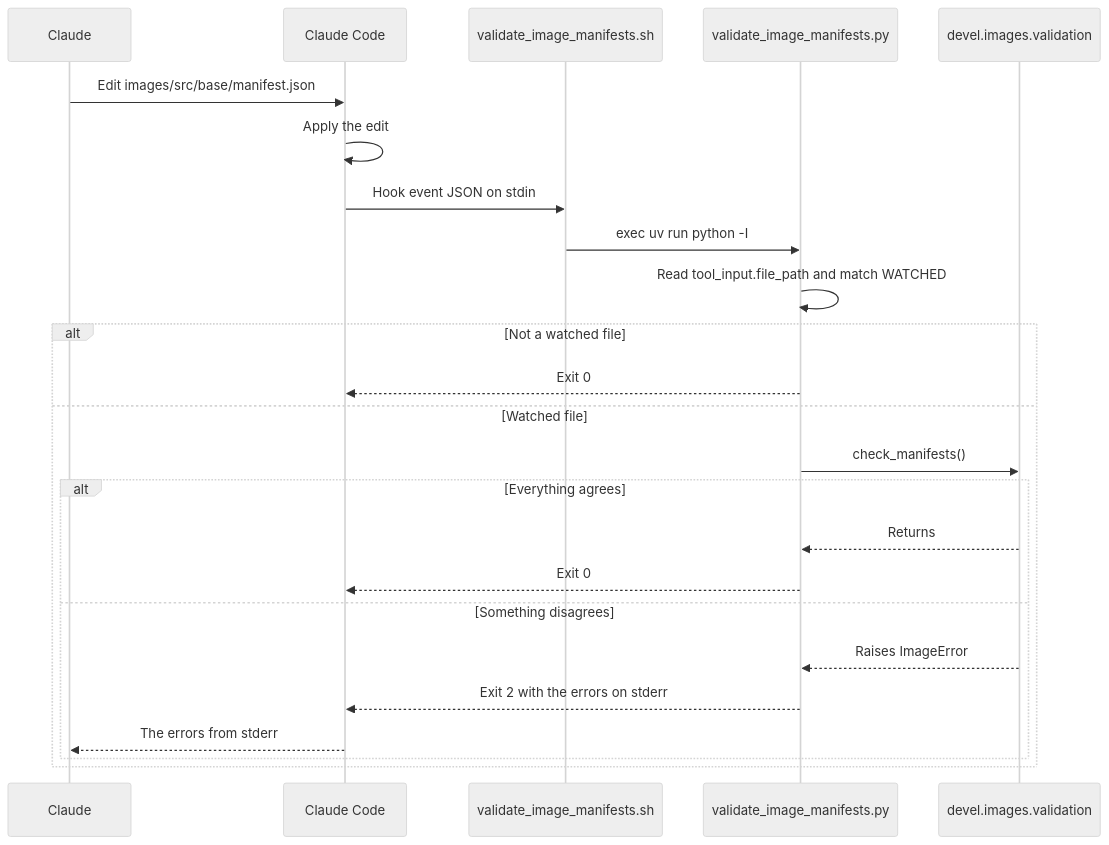
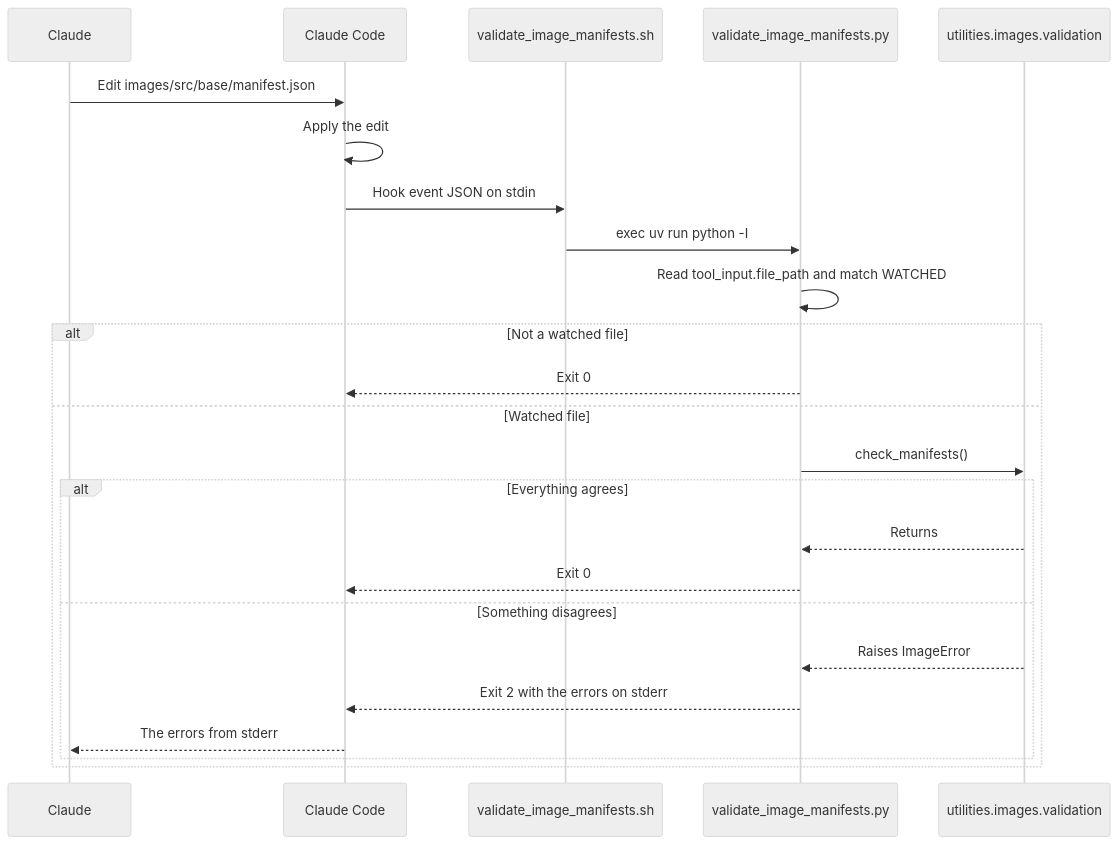
Before and after one commit to froazin/devcontainers: the second of 2 diagrams in docs/claude-code-hooks.md, drawn with Mermaid (neutral theme). The commit also changed other lines of this file and 37 other files, not shown here.

First line of the commit message:
refactor(tooling): Rename the devel package to utilities

````diff
--- a/docs/claude-code-hooks.md
+++ b/docs/claude-code-hooks.md
@@ -74,28 +74,28 @@
 ```mermaid
 sequenceDiagram
     accTitle: An Edit that triggers the image manifest hook
     accDescr: Claude edits a watched file. After the edit, Claude Code runs the wrapper with the hook event on stdin, and the wrapper runs the Python script through uv run. The script checks the path and, for a watched file, calls check_manifests. When check_manifests raises ImageError, the script exits 2 and Claude Code passes the errors on stderr to Claude.
     participant Claude
     participant CC as Claude Code
     participant Wrapper as validate_image_manifests.sh
     participant Script as validate_image_manifests.py
-    participant Validation as devel.images.validation
+    participant Validation as utilities.images.validation
     Claude->>CC: Edit images/src/base/manifest.json
     CC->>CC: Apply the edit
     CC->>Wrapper: Hook event JSON on stdin
     Wrapper->>Script: exec uv run python -I
     Script->>Script: Read tool_input.file_path and match WATCHED
     alt Not a watched file
         Script-->>CC: Exit 0
     else Watched file
         Script->>Validation: check_manifests()
         alt Everything agrees
             Validation-->>Script: Returns
             Script-->>CC: Exit 0
         else Something disagrees
             Validation-->>Script: Raises ImageError
             Script-->>CC: Exit 2 with the errors on stderr
             CC-->>Claude: The errors from stderr
         end
     end
 ```
````
